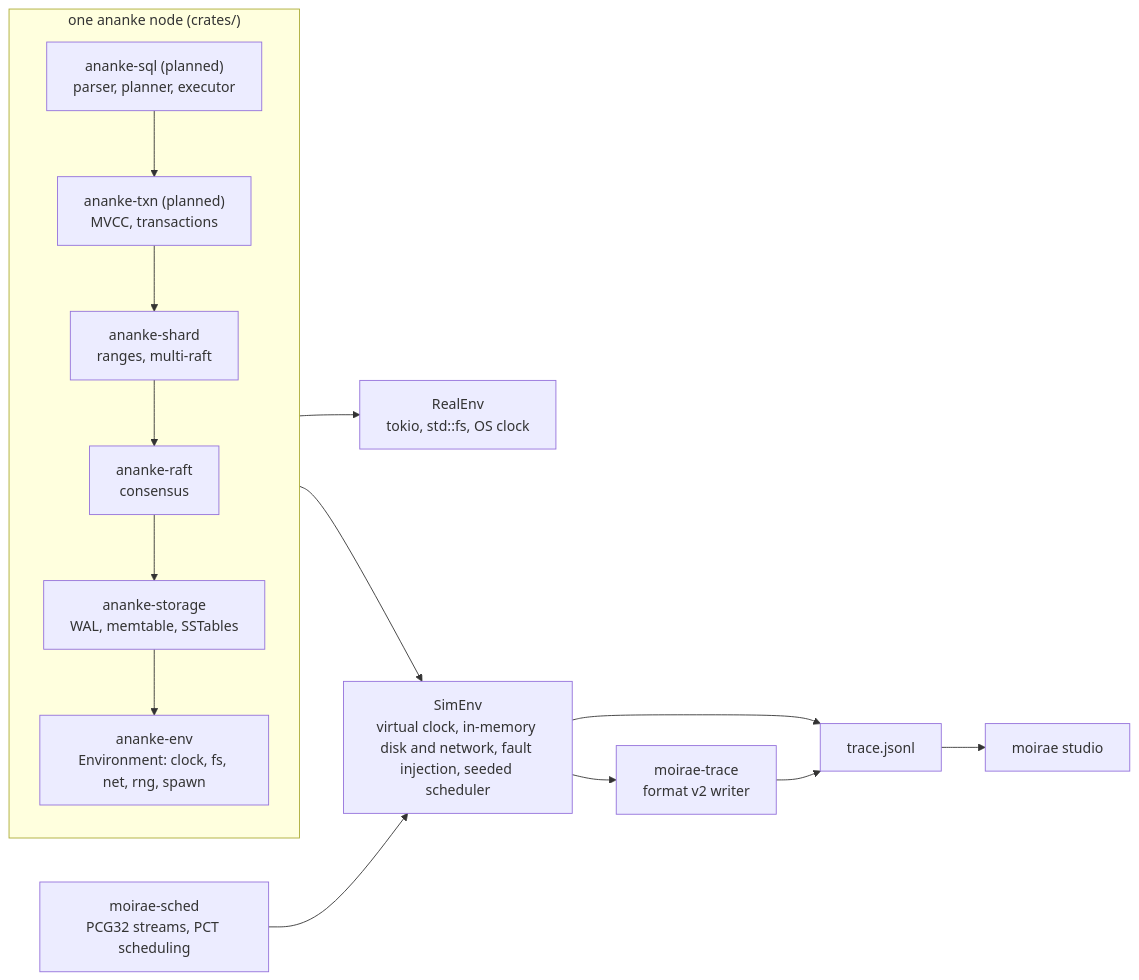
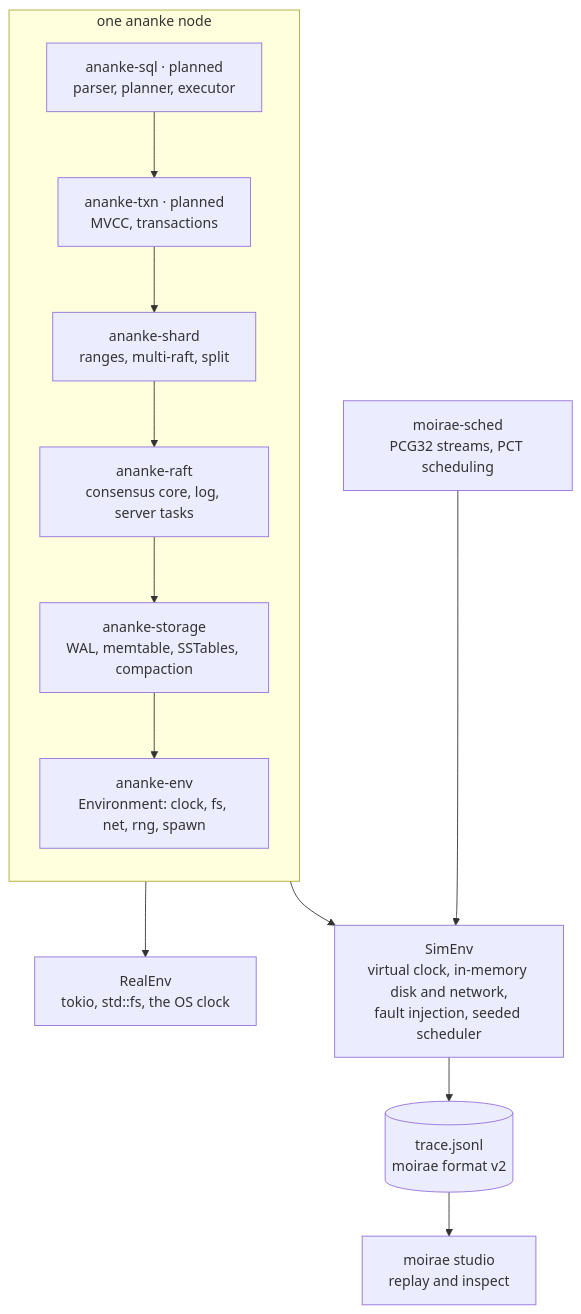
The first of 4 diagrams in README.md (pchrysostomou/ananke), drawn with Mermaid before and after one commit. The commit also changed other lines of this file, not shown here.

First line of the commit message:
README: the architecture in diagrams, how correctness is argued, and Phase 3 as it stands

````diff
--- a/README.md
+++ b/README.md
@@ -25,18 +69,18 @@
 ```mermaid
-flowchart LR
-  subgraph node["one ananke node (crates/)"]
+flowchart TB
+  subgraph node["one ananke node"]
     direction TB
-    sql["ananke-sql (planned)<br/>parser, planner, executor"] --> txn["ananke-txn (planned)<br/>MVCC, transactions"]
-    txn --> shard["ananke-shard<br/>ranges, multi-raft"]
-    shard --> raft["ananke-raft<br/>consensus"]
-    raft --> storage["ananke-storage<br/>WAL, memtable, SSTables"]
-    storage --> env["ananke-env<br/>Environment: clock, fs, net, rng, spawn"]
+    sql["ananke-sql · planned<br/>parser, planner, executor"]
+    txn["ananke-txn · planned<br/>MVCC, transactions"]
+    shard["ananke-shard<br/>ranges, multi-raft, split"]
+    raft["ananke-raft<br/>consensus core, log, server tasks"]
+    storage["ananke-storage<br/>WAL, memtable, SSTables, compaction"]
+    env["ananke-env<br/>Environment: clock, fs, net, rng, spawn"]
+    sql --> txn --> shard --> raft --> storage --> env
   end
-  env --> real["RealEnv<br/>tokio, std::fs, OS clock"]
-  env --> sim["SimEnv<br/>virtual clock, in-memory disk and network, fault injection, seeded scheduler"]
-  sim --> trace["trace.jsonl"]
-  trace --> studio["moirae studio"]
+  env --> real["RealEnv<br/>tokio, std::fs, the OS clock"]
+  env --> sim["SimEnv<br/>virtual clock, in-memory disk and network,<br/>fault injection, seeded scheduler"]
   sched["moirae-sched<br/>PCG32 streams, PCT scheduling"] --> sim
-  sim --> wtrace["moirae-trace<br/>format v2 writer"]
-  wtrace --> trace
+  sim --> trace[("trace.jsonl<br/>moirae format v2")]
+  trace --> studio["moirae studio<br/>replay and inspect"]
 ```
````
